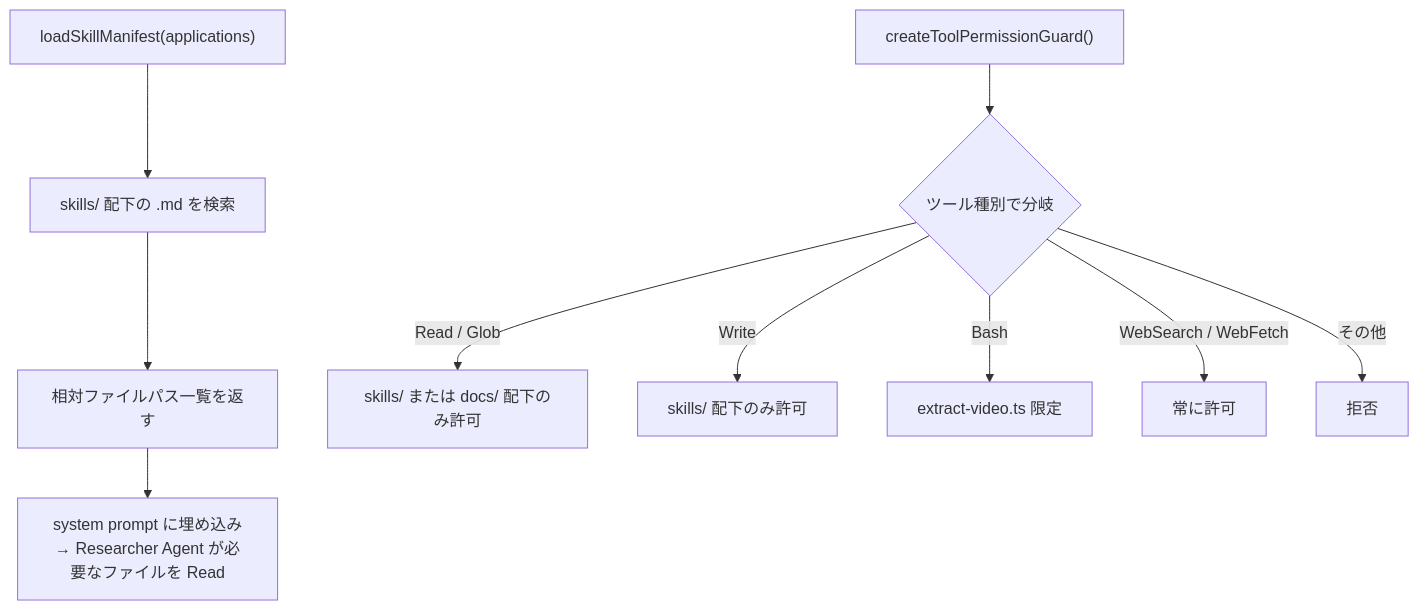
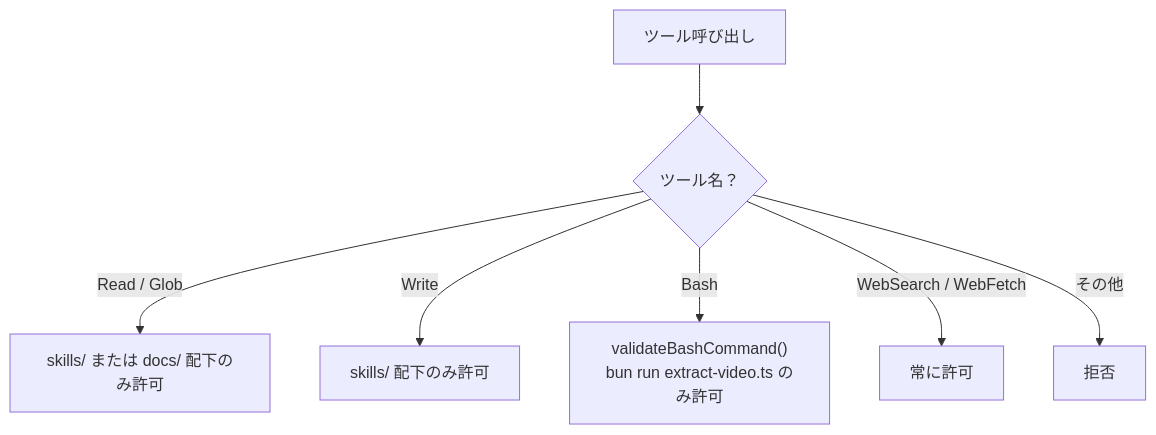
Before and after one commit to yukaorange/dcc_suport: the tenth of 12 diagrams in packages/core/docs/reading-guide.md, drawn with Mermaid. The commit also changed other lines of this file, not shown here.

````diff
--- a/packages/core/docs/reading-guide.md
+++ b/packages/core/docs/reading-guide.md
@@ -149,13 +344,9 @@
 ```mermaid
 flowchart TD
-    A["loadSkillManifest(applications)"] --> B["skills/ 配下の .md を検索"]
-    B --> C["相対ファイルパス一覧を返す"]
-    C --> D["system prompt に埋め込み\n→ Researcher Agent が必要なファイルを Read"]
-
-    E["createToolPermissionGuard()"] --> F{"ツール種別で分岐"}
-    F -->|"Read / Glob"| G["skills/ または docs/ 配下のみ許可"]
-    F -->|"Write"| H["skills/ 配下のみ許可"]
-    F -->|"Bash"| I["extract-video.ts 限定"]
-    F -->|"WebSearch / WebFetch"| J["常に許可"]
-    F -->|"その他"| K["拒否"]
+    A["ツール呼び出し"] --> B{ツール名？}
+    B -->|"Read / Glob"| C["skills/ または docs/ 配下のみ許可"]
+    B -->|"Write"| D["skills/ 配下のみ許可"]
+    B -->|"Bash"| E["validateBashCommand()\nbun run extract-video.ts のみ許可"]
+    B -->|"WebSearch / WebFetch"| F["常に許可"]
+    B -->|"その他"| G["拒否"]
 ```
````
